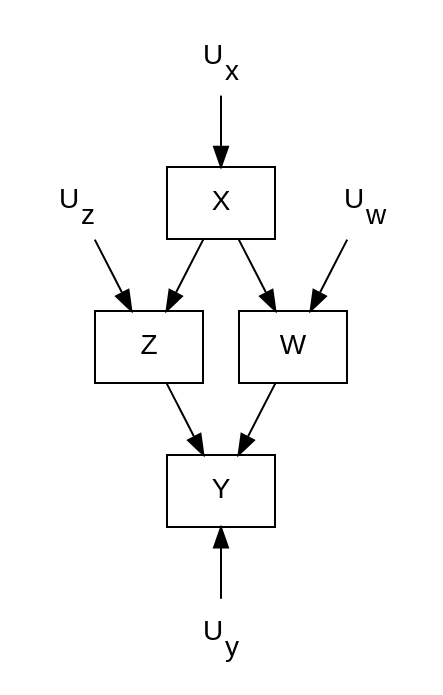
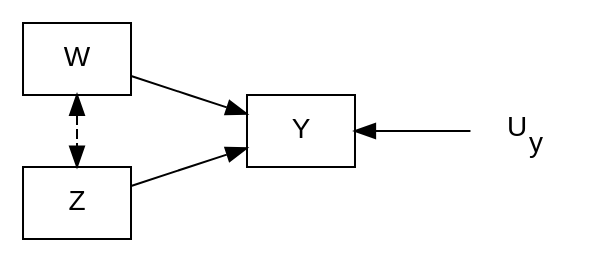
The third of 34 diagrams in 5_Slides/Intro_to_SEM_part1.qmd (pennekampster/Swiss_SEM), drawn with Graphviz before and after one commit. The commit also changed other lines of this file and 5 other files, not shown here.

````diff
--- a/5_Slides/Intro_to_SEM_part1.qmd
+++ b/5_Slides/Intro_to_SEM_part1.qmd
@@ -314,39 +309,30 @@
 ```{dot}
-//| fig-width: 4
+//| fig-width: 5
+//| fig-height: 2
 digraph {
 
   # a 'graph' statement
-  graph [overlap = true, fontsize = 15, layout = dot, ranksep = equally,
-       rankdir = Tb];
+  graph [overlap = true, fontsize = 15, layout = dot, nodesep = 0.5, ranksep = 0.8,
+       rankdir = LR];
 
   # 'node' statements
   node [shape = box,
         fontname = Helvetica];
-  X; Y;
+  Y;
 
   # 'edge' statements
-  X -> W;
-  X -> Z;
   W -> Y;
   Z -> Y;
-  
+  W -> Z[dir=both, constraint=false, style=dashed]; 
+
  node [shape = plaintext,
         fontname = Helvetica];
-  U_w  -> W;
-  U_x -> X;
   U_y -> Y;
-  U_z -> Z;
-  
-  U_w [label = <U<SUB>w</SUB>>];
-  U_x [label = <U<SUB>x</SUB>>];
   U_y [label = <U<SUB>y</SUB>>];
-  U_z [label = <U<SUB>z</SUB>>];
- 
  
  # control the placement of elements on the graph 
- {rank = min; U_x };
- {rank = same; Z ; W;};
+ {rank = min; Z ; W;};
  {rank = max; U_y};
 
   }
 ```
````
